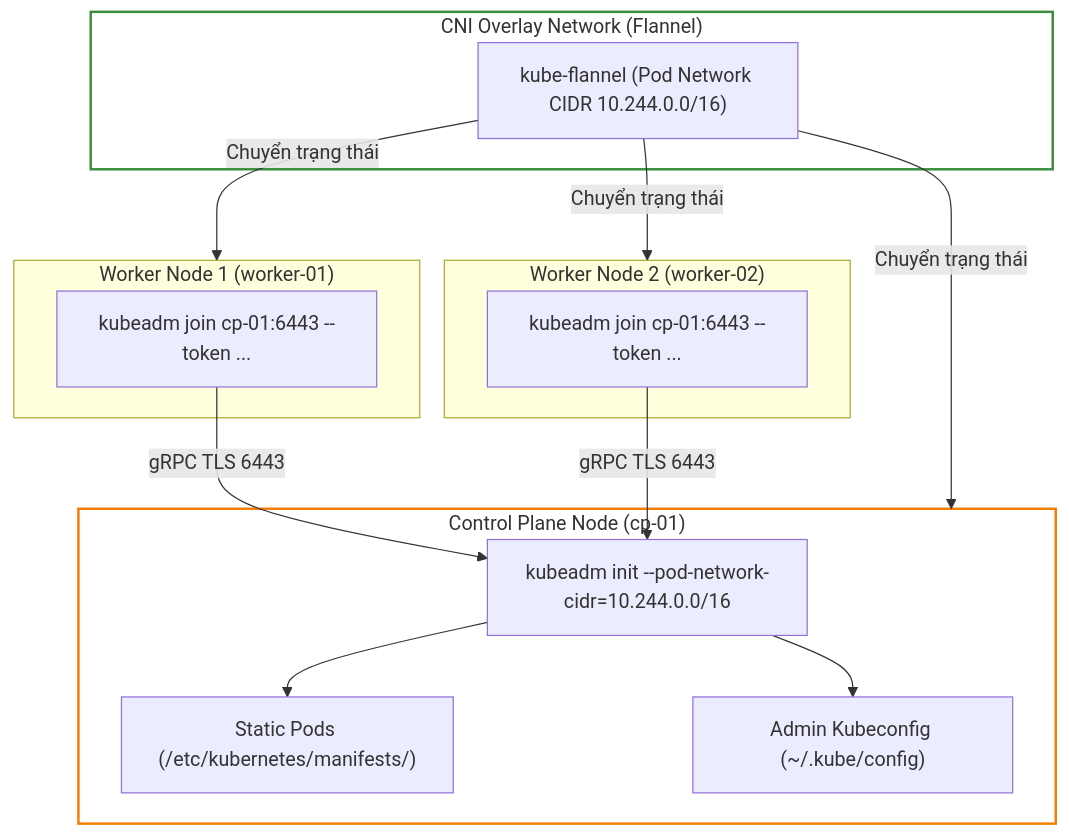
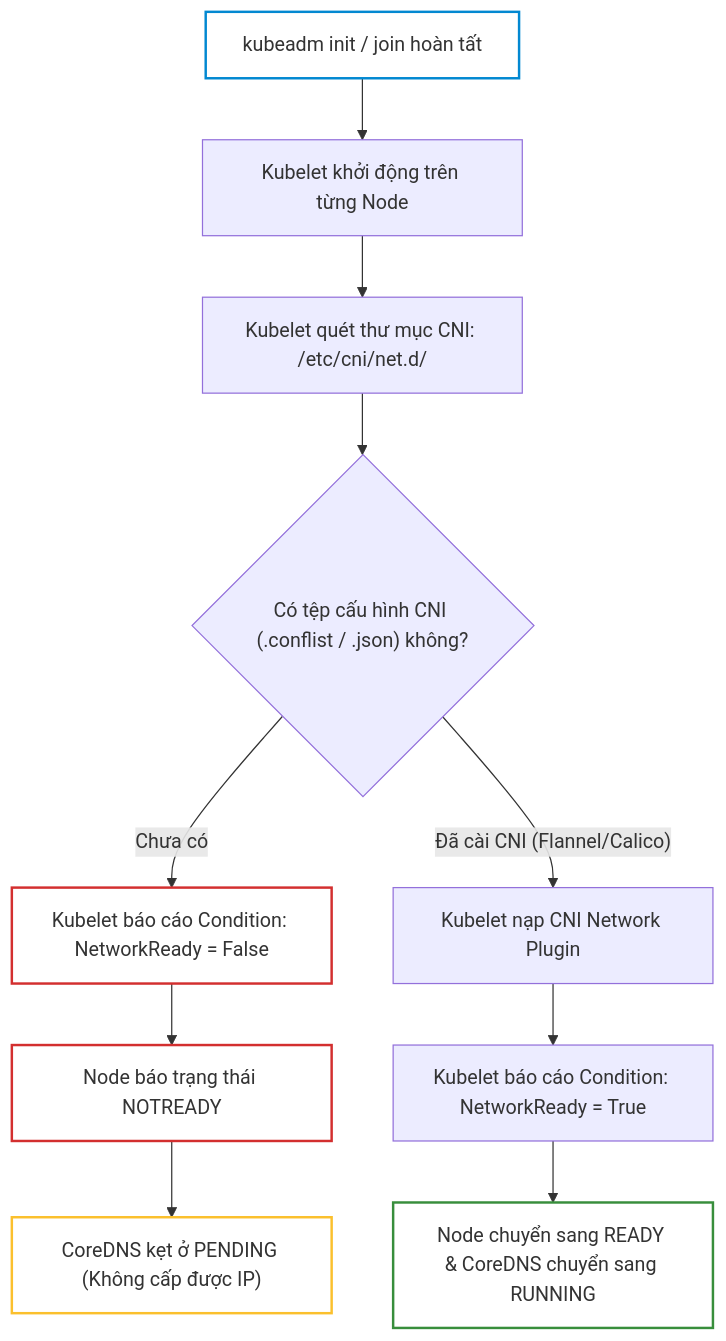
One commit to kiennt308/ntk changed the fourth of 5 diagrams in _posts/2026-09-12-cka-06-06-kubeadm-dung-cum-tu-so-0.md. Above: the diagram before and after it, drawn with Mermaid. The commit also changed other lines of this file and 39 other files, not shown here.

````diff
--- a/_posts/2026-09-12-cka-06-06-kubeadm-dung-cum-tu-so-0.md
+++ b/_posts/2026-09-12-cka-06-06-kubeadm-dung-cum-tu-so-0.md
@@ -470,31 +163,18 @@
 ```mermaid
 graph TD
-    subgraph Control_Plane_Node ["Control Plane Node (cp-01)"]
-        INIT["kubeadm init --pod-network-cidr=10.244.0.0/16"]
-        MANIFESTS["Static Pods (/etc/kubernetes/manifests/)"]
-        CONF["Admin Kubeconfig (~/.kube/config)"]
-    end
+    A["kubeadm init / join hoàn tất"] --> B["Kubelet khởi động trên từng Node"]
+    B --> C["Kubelet quét thư mục CNI: /etc/cni/net.d/"]
+    C --> D{"Có tệp cấu hình CNI (.conflist / .json) không?"}
+    D -- "Chưa có" --> E["Kubelet báo cáo Condition: NetworkReady = False"]
+    E --> F["Node báo trạng thái NOTREADY"]
+    F --> G["CoreDNS kẹt ở PENDING (Không cấp được IP)"]
+    D -- "Đã cài CNI (Flannel/Calico)" --> H["Kubelet nạp CNI Network Plugin"]
+    H --> I["Kubelet báo cáo Condition: NetworkReady = True"]
+    I --> J["Node chuyển sang READY & CoreDNS chuyển sang RUNNING"]
 
-    subgraph Worker_Node_1 ["Worker Node 1 (worker-01)"]
-        JOIN1["kubeadm join cp-01:6443 --token ..."]
-    end
-
-    subgraph Worker_Node_2 ["Worker Node 2 (worker-02)"]
-        JOIN2["kubeadm join cp-01:6443 --token ..."]
-    end
-
-    subgraph CNI_Layer ["CNI Overlay Network (Flannel)"]
-        FLANNEL["kube-flannel (Pod Network CIDR 10.244.0.0/16)"]
-    end
-
-    INIT --> MANIFESTS
-    INIT --> CONF
-    JOIN1 -->|"gRPC TLS 6443"| INIT
-    JOIN2 -->|"gRPC TLS 6443"| INIT
-    FLANNEL -->|"Chuyển trạng thái"| Control_Plane_Node
-    FLANNEL -->|"Chuyển trạng thái"| Worker_Node_1
-    FLANNEL -->|"Chuyển trạng thái"| Worker_Node_2
-
-    style Control_Plane_Node fill:none,stroke:#f57c00,stroke-width:2px
-    style CNI_Layer fill:none,stroke:#388e3c,stroke-width:2px
+    style A fill:none,stroke:#0288d1,stroke-width:2px
+    style E fill:none,stroke:#d32f2f,stroke-width:2px
+    style F fill:none,stroke:#d32f2f,stroke-width:2px
+    style G fill:none,stroke:#fbc02d,stroke-width:2px
+    style J fill:none,stroke:#388e3c,stroke-width:2px
 ```
````
